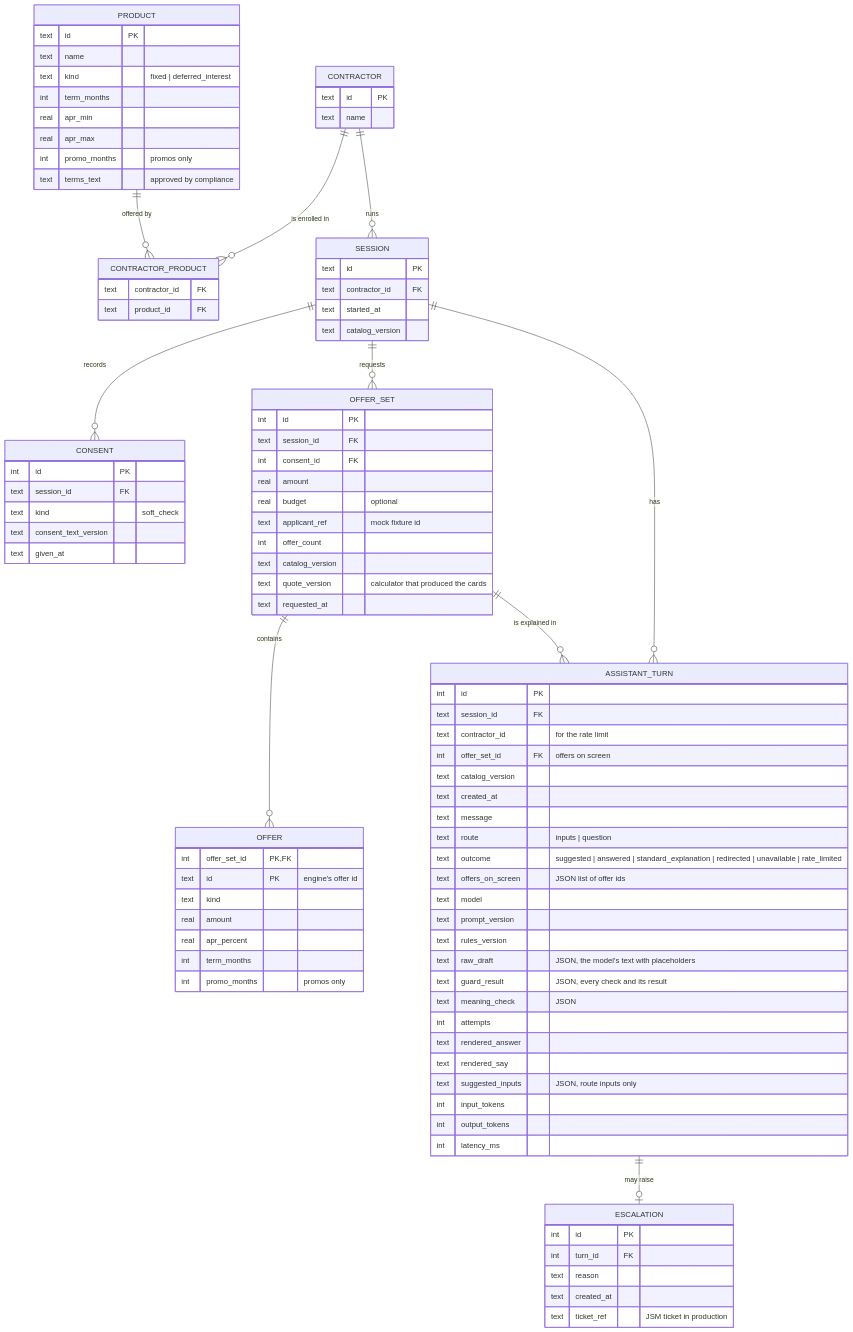
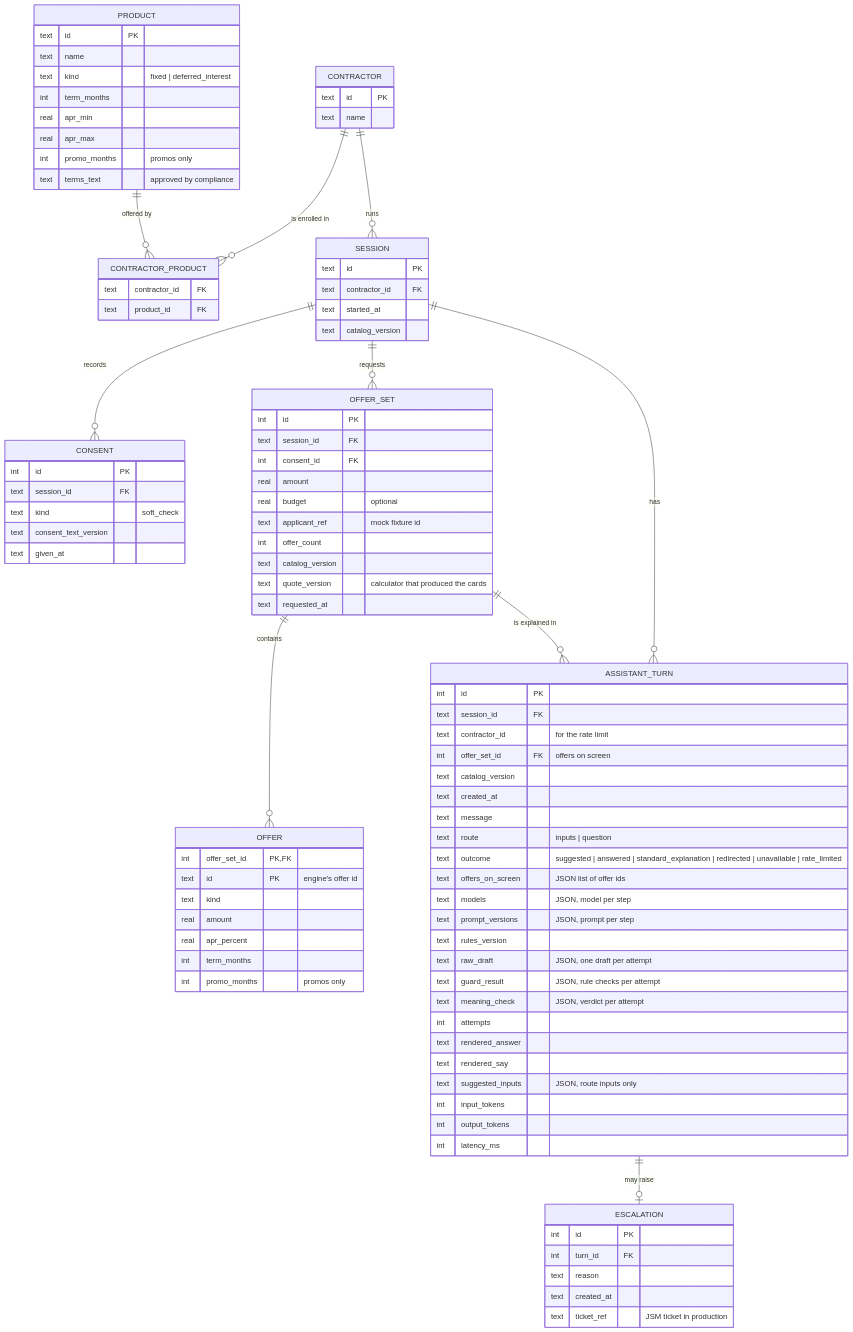
The diagram in docs/data-model.md (debudash/loanapp-contractorassist), drawn with Mermaid before and after one commit. The commit also changed other lines of this file and 18 other files, not shown here.

```diff
--- a/docs/data-model.md
+++ b/docs/data-model.md
@@ -84,12 +84,12 @@
     text route "inputs | question"
     text outcome "suggested | answered | standard_explanation | redirected | unavailable | rate_limited"
     text offers_on_screen "JSON list of offer ids"
-    text model
-    text prompt_version
+    text models "JSON, model per step"
+    text prompt_versions "JSON, prompt per step"
     text rules_version
-    text raw_draft "JSON, the model's text with placeholders"
-    text guard_result "JSON, every check and its result"
-    text meaning_check "JSON"
+    text raw_draft "JSON, one draft per attempt"
+    text guard_result "JSON, rule checks per attempt"
+    text meaning_check "JSON, verdict per attempt"
     int attempts
     text rendered_answer
     text rendered_say
```
